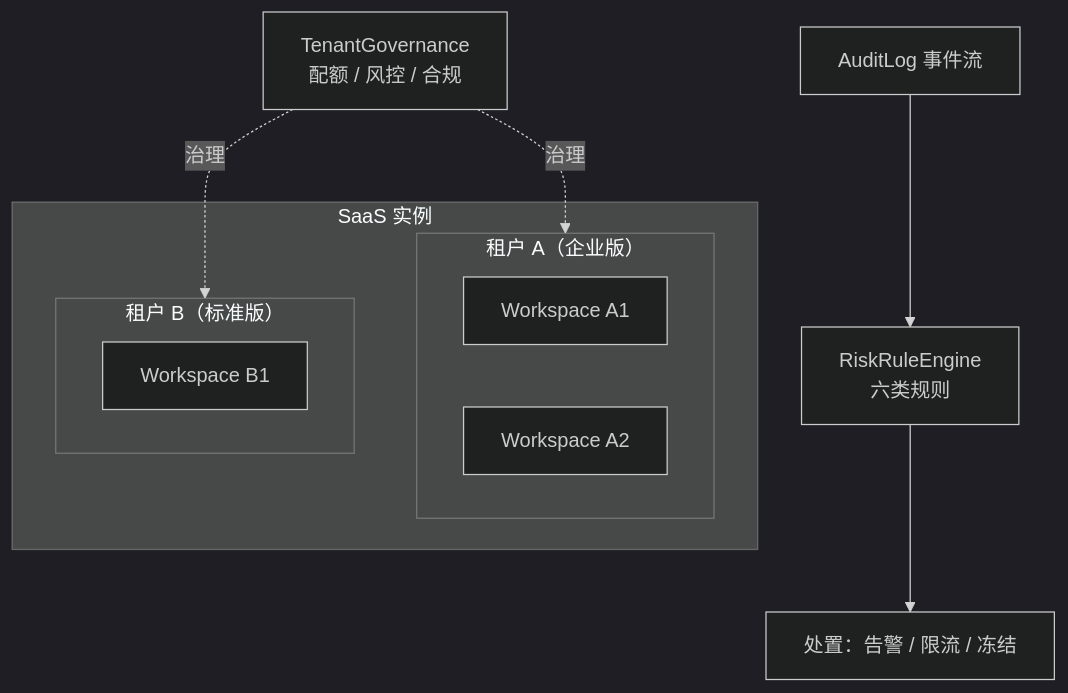
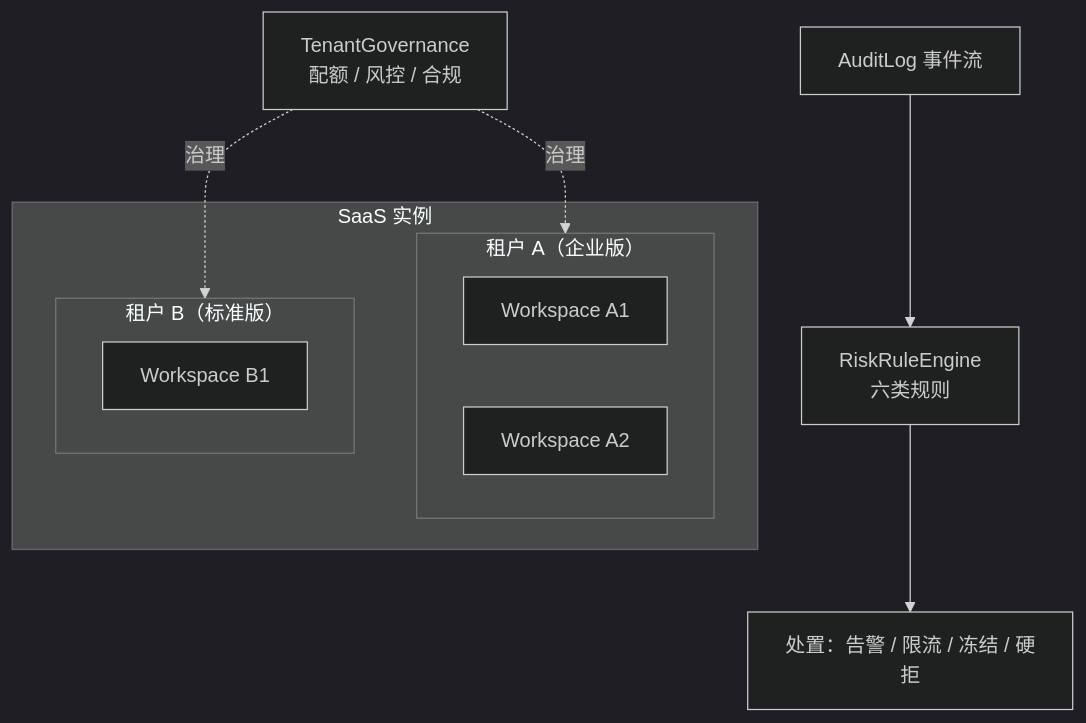
Before and after one commit to RabbitAI-Lab/RabbitProjects: the first of 2 diagrams in docs/sprint-future-p4/AUTH-012-multi-tenant.md, drawn with Mermaid (dark theme). The commit also changed other lines of this file and 10 other files, not shown here.

````diff
--- a/docs/sprint-future-p4/AUTH-012-multi-tenant.md
+++ b/docs/sprint-future-p4/AUTH-012-multi-tenant.md
@@ -78,16 +78,16 @@
 ```mermaid
 flowchart TB
     subgraph INSTANCE["SaaS 实例"]
         subgraph TENANT_A["租户 A（企业版）"]
             WSA1["Workspace A1"] 
             WSA2["Workspace A2"]
         end
         subgraph TENANT_B["租户 B（标准版）"]
             WSB1["Workspace B1"]
         end
     end
     GOV["TenantGovernance<br/>配额 / 风控 / 合规"] -.治理.-> TENANT_A
     GOV -.治理.-> TENANT_B
     AUDIT["AuditLog 事件流"] --> RISK["RiskRuleEngine<br/>六类规则"]
-    RISK --> ACT["处置：告警 / 限流 / 冻结"]
+    RISK --> ACT["处置：告警 / 限流 / 冻结 / 硬拒"]
 ```
````
